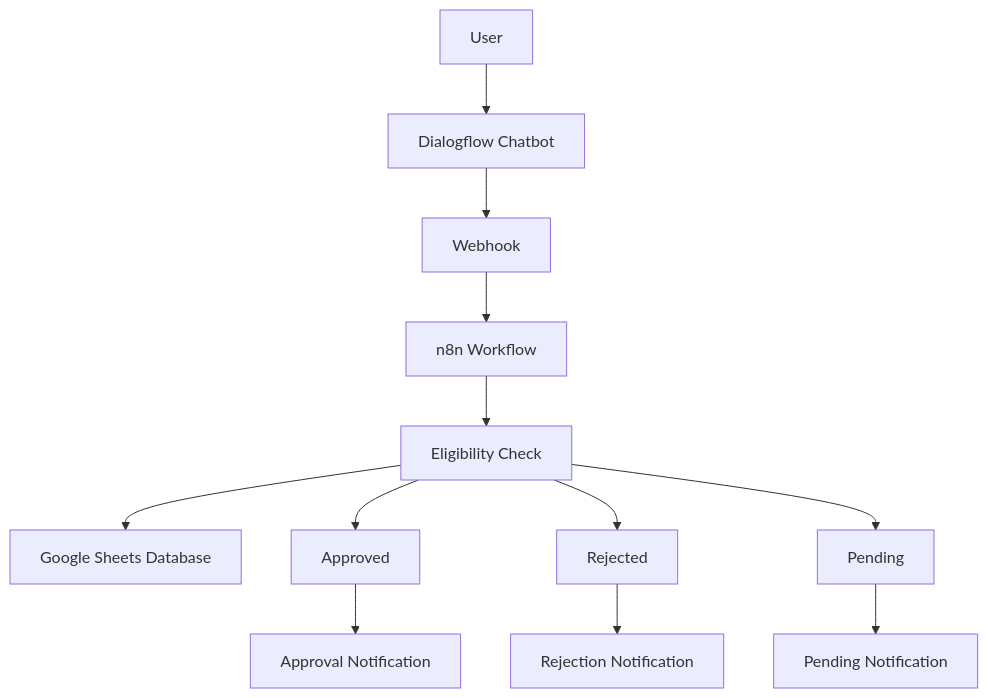
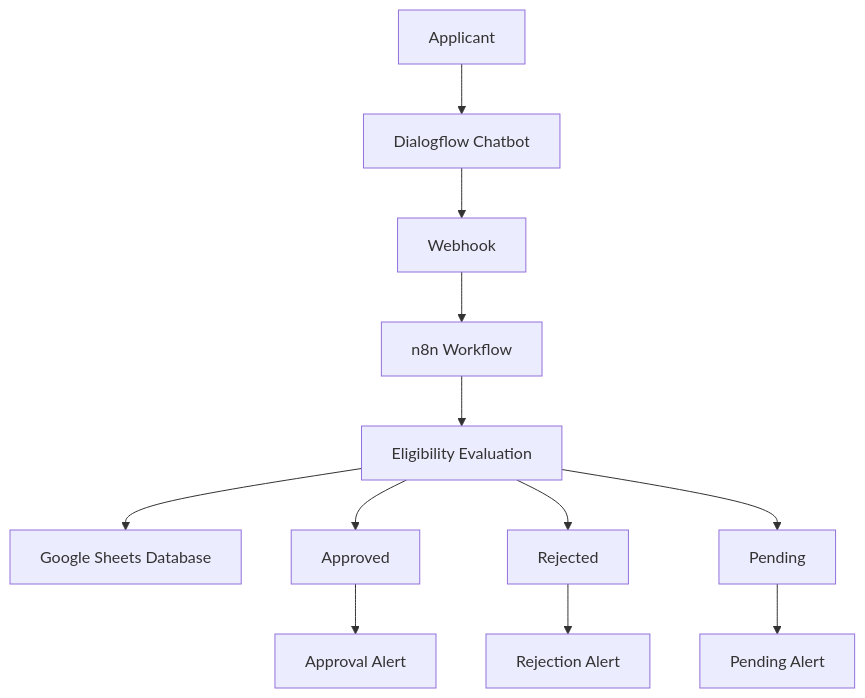
One commit to divyanikaushal02-cmd/Loan-Approval-Automation changed the diagram in README.md. Above: the diagram before and after it, drawn with Mermaid. The commit also changed other lines of this file, not shown here.

````diff
--- a/README.md
+++ b/README.md
@@ -45,17 +39,17 @@
 ```mermaid
 flowchart TD
-    A[User] --> B[Dialogflow Chatbot]
+    A[Applicant] --> B[Dialogflow Chatbot]
     B --> C[Webhook]
     C --> D[n8n Workflow]
 
-    D --> E[Eligibility Check]
+    D --> E[Eligibility Evaluation]
     E --> F[Google Sheets Database]
 
     E --> G[Approved]
     E --> H[Rejected]
     E --> I[Pending]
 
-    G --> J[Approval Notification]
-    H --> K[Rejection Notification]
-    I --> L[Pending Notification]
+    G --> J[Approval Alert]
+    H --> K[Rejection Alert]
+    I --> L[Pending Alert]
 ```
````
